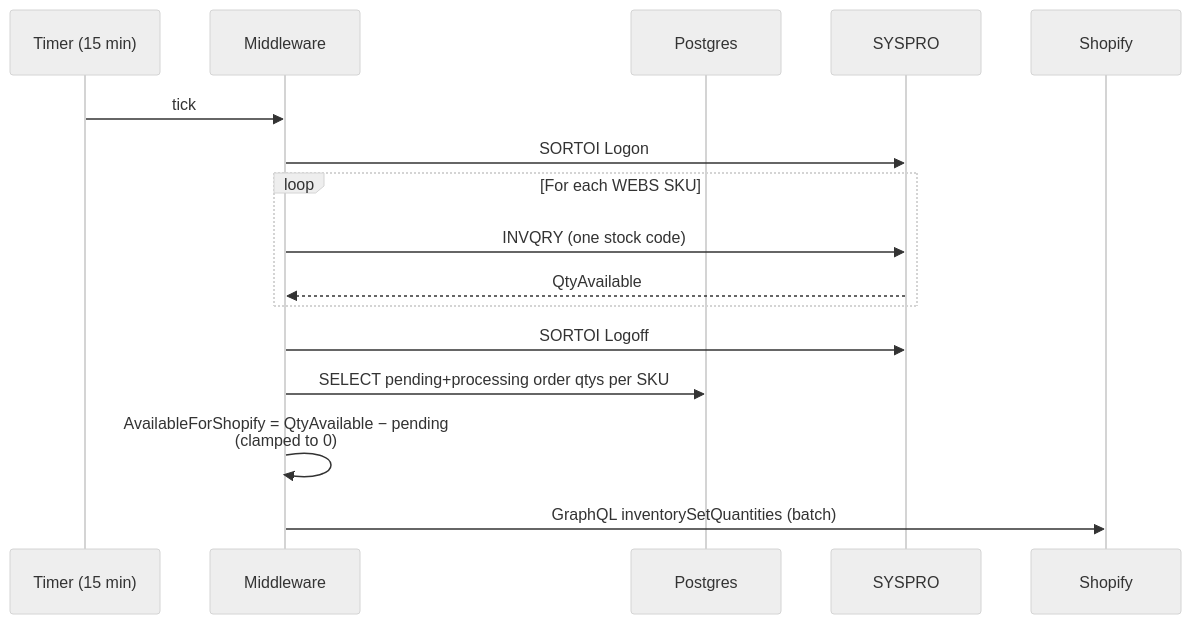
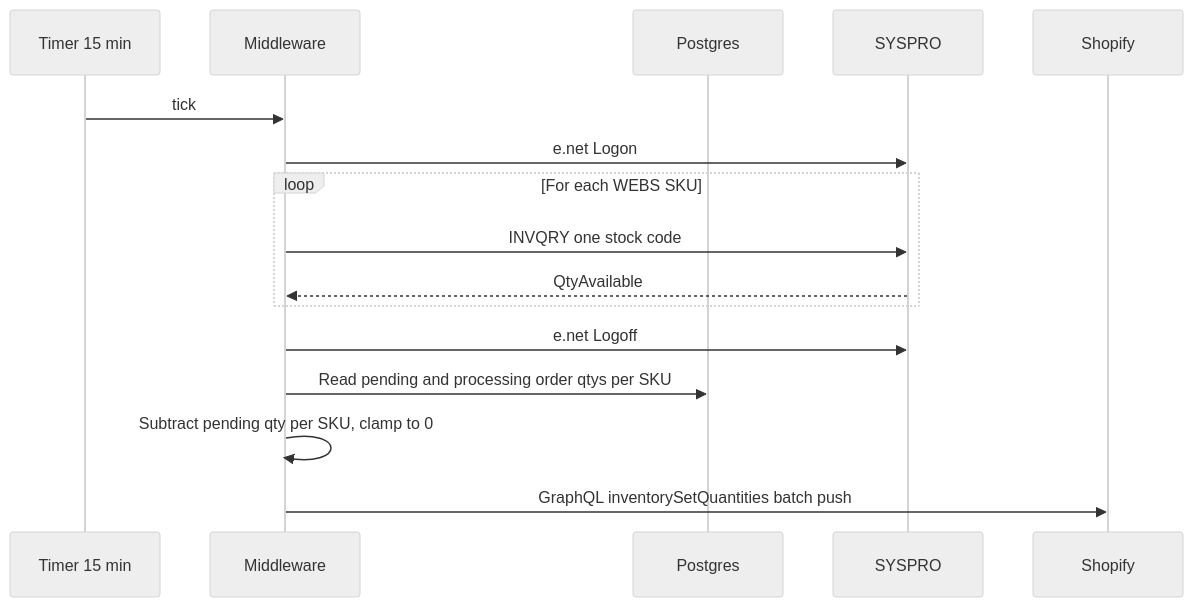
One commit to trismegistus0/rectella-shopify-service changed the third of 4 diagrams in docs/handover.md. Above: the diagram before and after it, drawn with Mermaid (neutral theme). The commit also changed other lines of this file and 1 other file, not shown here.

````diff
--- a/docs/handover.md
+++ b/docs/handover.md
@@ -118,19 +124,19 @@
 ```mermaid
 sequenceDiagram
-    participant T as Timer (15 min)
+    participant T as Timer 15 min
     participant Svc as Middleware
     participant DB as Postgres
     participant SP as SYSPRO
     participant S as Shopify
 
     T->>Svc: tick
-    Svc->>SP: SORTOI Logon
+    Svc->>SP: e.net Logon
     loop For each WEBS SKU
-        Svc->>SP: INVQRY (one stock code)
+        Svc->>SP: INVQRY one stock code
         SP-->>Svc: QtyAvailable
     end
-    Svc->>SP: SORTOI Logoff
-    Svc->>DB: SELECT pending+processing order qtys per SKU
-    Svc->>Svc: AvailableForShopify = QtyAvailable − pending<br/>(clamped to 0)
-    Svc->>S: GraphQL inventorySetQuantities (batch)
+    Svc->>SP: e.net Logoff
+    Svc->>DB: Read pending and processing order qtys per SKU
+    Svc->>Svc: Subtract pending qty per SKU, clamp to 0
+    Svc->>S: GraphQL inventorySetQuantities batch push
 ```
````
